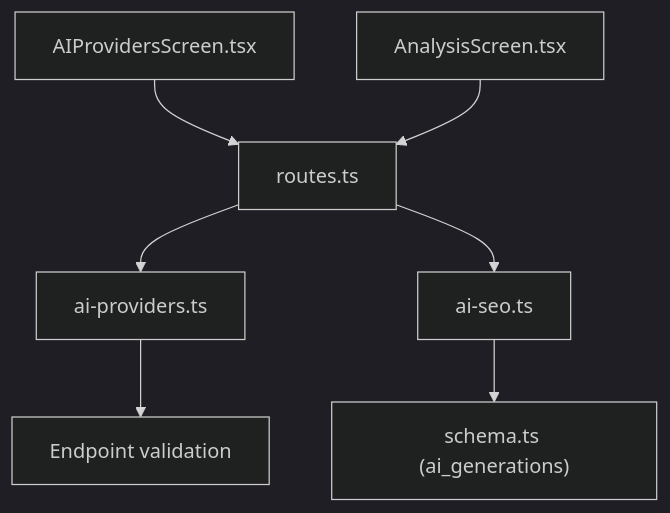
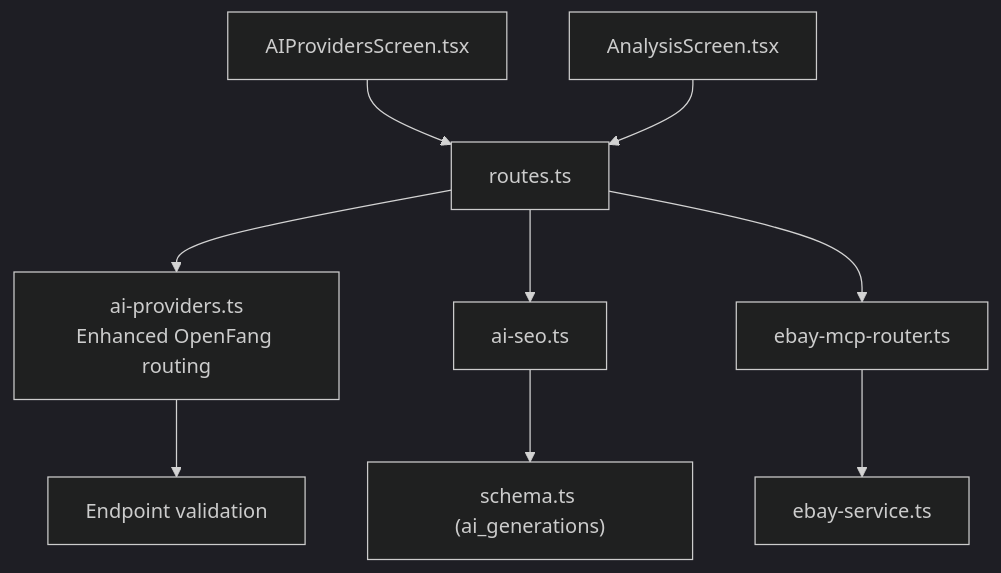
One commit to hunglevi87/Hidden-Gem changed the tenth of 10 diagrams in .qoder/repowiki/en/content/AI Integration/AI Integration.md. Above: the diagram before and after it, drawn with Mermaid (dark theme). The commit also changed other lines of this file and 14 other files, not shown here.

First line of the commit message:
feat(ai-integration): add OpenFang provider and eBay MCP marketplace automation

````diff
--- a/.qoder/repowiki/en/content/AI Integration/AI Integration.md
+++ b/.qoder/repowiki/en/content/AI Integration/AI Integration.md
@@ -305,9 +399,11 @@
 ```mermaid
 graph TB
-R["routes.ts"] --> P["ai-providers.ts"]
+R["routes.ts"] --> P["ai-providers.ts<br/>Enhanced OpenFang routing"]
 R --> S["ai-seo.ts"]
+R --> M["ebay-mcp-router.ts"]
+M --> ES["ebay-service.ts"]
 S --> DB["schema.ts (ai_generations)"]
 P --> SEC["Endpoint validation"]
 UI["AIProvidersScreen.tsx"] --> R
 UI2["AnalysisScreen.tsx"] --> R
 ```
````
